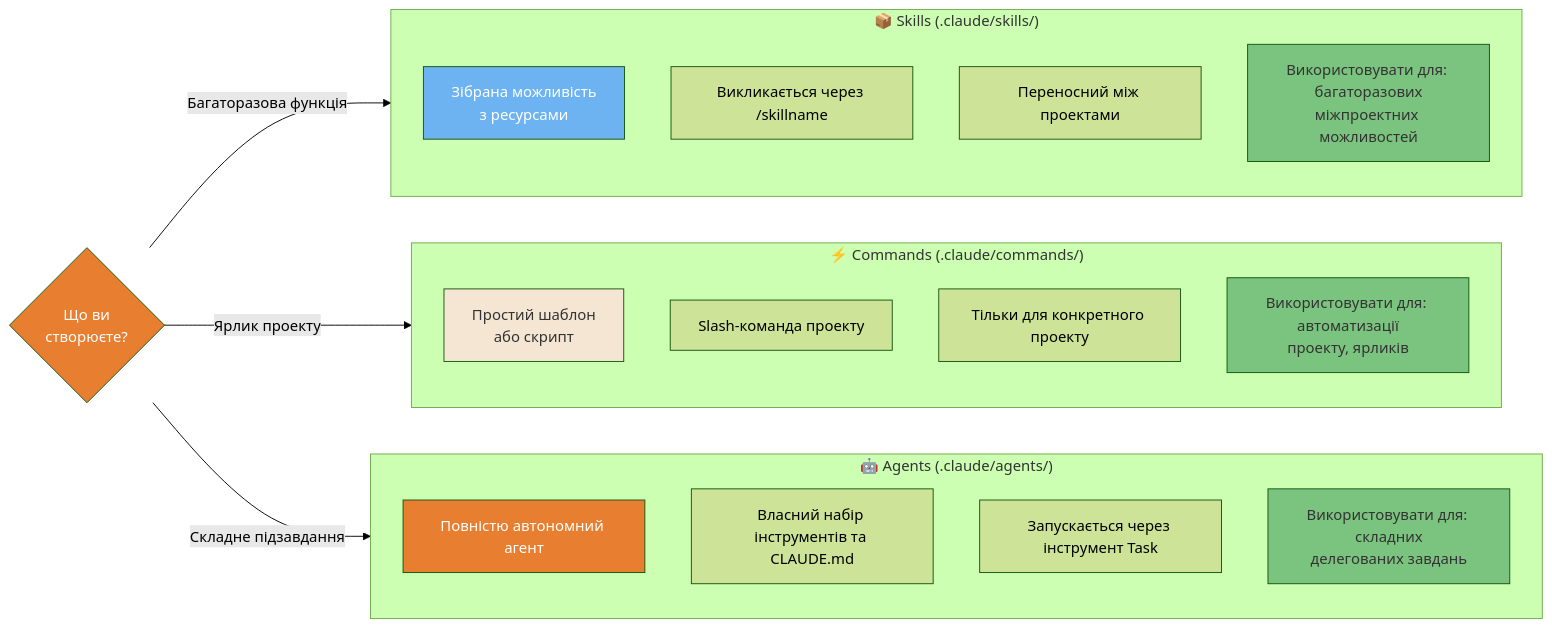
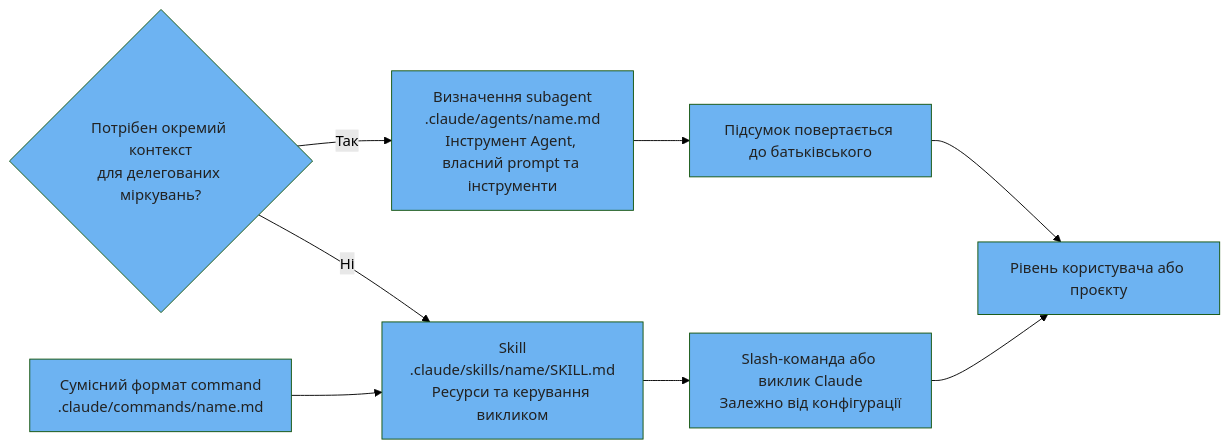
One commit to sermers-cyber/claude-code-ultimate-guide-ua changed the second of 4 diagrams in guide/diagrams/03-configuration-system.uk.md. Above: the diagram before and after it, drawn with Mermaid (forest theme). The commit also changed other lines of this file and 80 other files, not shown here.

````diff
--- a/guide/diagrams/03-configuration-system.uk.md
+++ b/guide/diagrams/03-configuration-system.uk.md
@@ -67,49 +72,24 @@
 ```mermaid
 flowchart LR
-    subgraph SKILLS["📦 Skills (.claude/skills/)"]
-        S1[Зібрана можливість<br/>з ресурсами]
-        S2[Викликається через /skillname]
-        S3[Переносний між проектами]
-        S4["Використовувати для: багаторазових<br/>міжпроектних можливостей"]
-    end
-
-    subgraph COMMANDS["⚡ Commands (.claude/commands/)"]
-        C1[Простий шаблон<br/>або скрипт]
-        C2[Slash-команда проекту]
-        C3[Тільки для конкретного проекту]
-        C4["Використовувати для: автоматизації<br/>проекту, ярликів"]
-    end
-
-    subgraph AGENTS["🤖 Agents (.claude/agents/)"]
-        A1[Повністю автономний агент]
-        A2[Власний набір інструментів та CLAUDE.md]
-        A3[Запускається через інструмент Task]
-        A4["Використовувати для: складних<br/>делегованих завдань"]
-    end
-
-    Q{Що ви<br/>створюєте?} --> |Багаторазова функція| SKILLS
-    Q --> |Ярлик проекту| COMMANDS
-    Q --> |Складне підзавдання| AGENTS
-
-    style S1 fill:#6DB3F2,color:#fff
-    style S4 fill:#7BC47F,color:#333
-    style C1 fill:#F5E6D3,color:#333
-    style C4 fill:#7BC47F,color:#333
-    style A1 fill:#E87E2F,color:#fff
-    style A4 fill:#7BC47F,color:#333
-    style Q fill:#E87E2F,color:#fff
-
-    click S1 href "https://github.com/gerasimsergey/claude-code-ultimate-guide-ua/blob/main/guide/ultimate-guide.md#51-understanding-skills" "Skills: Зібрана можливість"
-    click S2 href "https://github.com/gerasimsergey/claude-code-ultimate-guide-ua/blob/main/guide/ultimate-guide.md#51-understanding-skills" "Skills: Викликається через /skillname"
-    click S3 href "https://github.com/gerasimsergey/claude-code-ultimate-guide-ua/blob/main/guide/ultimate-guide.md#51-understanding-skills" "Skills: Переносний між проектами"
-    click S4 href "https://github.com/gerasimsergey/claude-code-ultimate-guide-ua/blob/main/guide/ultimate-guide.md#51-understanding-skills" "Skills: Багаторазові можливості"
-    click C1 href "https://github.com/gerasimsergey/claude-code-ultimate-guide-ua/blob/main/guide/ultimate-guide.md#62-creating-custom-commands" "Commands: Простий шаблон"
-    click C2 href "https://github.com/gerasimsergey/claude-code-ultimate-guide-ua/blob/main/guide/ultimate-guide.md#62-creating-custom-commands" "Commands: Slash-команда проекту"
-    click C3 href "https://github.com/gerasimsergey/claude-code-ultimate-guide-ua/blob/main/guide/ultimate-guide.md#62-creating-custom-commands" "Commands: Тільки для конкретного проекту"
-    click C4 href "https://github.com/gerasimsergey/claude-code-ultimate-guide-ua/blob/main/guide/ultimate-guide.md#62-creating-custom-commands" "Commands: Автоматизація проекту"
-    click A1 href "https://github.com/gerasimsergey/claude-code-ultimate-guide-ua/blob/main/guide/ultimate-guide.md#41-what-are-agents" "Agents: Повністю автономний"
-    click A2 href "https://github.com/gerasimsergey/claude-code-ultimate-guide-ua/blob/main/guide/ultimate-guide.md#41-what-are-agents" "Agents: Власний набір інструментів"
-    click A3 href "https://github.com/gerasimsergey/claude-code-ultimate-guide-ua/blob/main/guide/ultimate-guide.md#41-what-are-agents" "Agents: Запускається через інструмент Task"
-    click A4 href "https://github.com/gerasimsergey/claude-code-ultimate-guide-ua/blob/main/guide/ultimate-guide.md#41-what-are-agents" "Agents: Складні делеговані завдання"
-    click Q href "https://github.com/gerasimsergey/claude-code-ultimate-guide-ua/blob/main/guide/ultimate-guide.md#41-what-are-agents" "Що ви створюєте?"
+    Q{Потрібен окремий контекст<br/>для делегованих міркувань?} -->|Так| A[Визначення subagent<br/>.claude/agents/name.md<br/>Інструмент Agent, власний prompt та інструменти]
+    Q -->|Ні| S[Skill<br/>.claude/skills/name/SKILL.md<br/>Ресурси та керування викликом]
+    C[Сумісний формат command<br/>.claude/commands/name.md] --> S
+    S --> I[Slash-команда або виклик Claude<br/>Залежно від конфігурації]
+    A --> R[Підсумок повертається до батьківського]
+    I --> U[Рівень користувача або проєкту]
+    R --> U
+    style Q fill:#6DB3F2,color:#222
+    click Q href "https://github.com/FlorianBruniaux/claude-code-ultimate-guide/blob/main/guide/ultimate-guide.md#51-understanding-skills" "Understanding skills"
+    style A fill:#6DB3F2,color:#222
+    click A href "https://github.com/FlorianBruniaux/claude-code-ultimate-guide/blob/main/guide/ultimate-guide.md#51-understanding-skills" "Understanding skills"
+    style S fill:#6DB3F2,color:#222
+    click S href "https://github.com/FlorianBruniaux/claude-code-ultimate-guide/blob/main/guide/ultimate-guide.md#51-understanding-skills" "Understanding skills"
+    style C fill:#6DB3F2,color:#222
+    click C href "https://github.com/FlorianBruniaux/claude-code-ultimate-guide/blob/main/guide/ultimate-guide.md#51-understanding-skills" "Understanding skills"
+    style I fill:#6DB3F2,color:#222
+    click I href "https://github.com/FlorianBruniaux/claude-code-ultimate-guide/blob/main/guide/ultimate-guide.md#51-understanding-skills" "Understanding skills"
+    style R fill:#6DB3F2,color:#222
+    click R href "https://github.com/FlorianBruniaux/claude-code-ultimate-guide/blob/main/guide/ultimate-guide.md#51-understanding-skills" "Understanding skills"
+    style U fill:#6DB3F2,color:#222
+    click U href "https://github.com/FlorianBruniaux/claude-code-ultimate-guide/blob/main/guide/ultimate-guide.md#51-understanding-skills" "Understanding skills"
 ```
````
